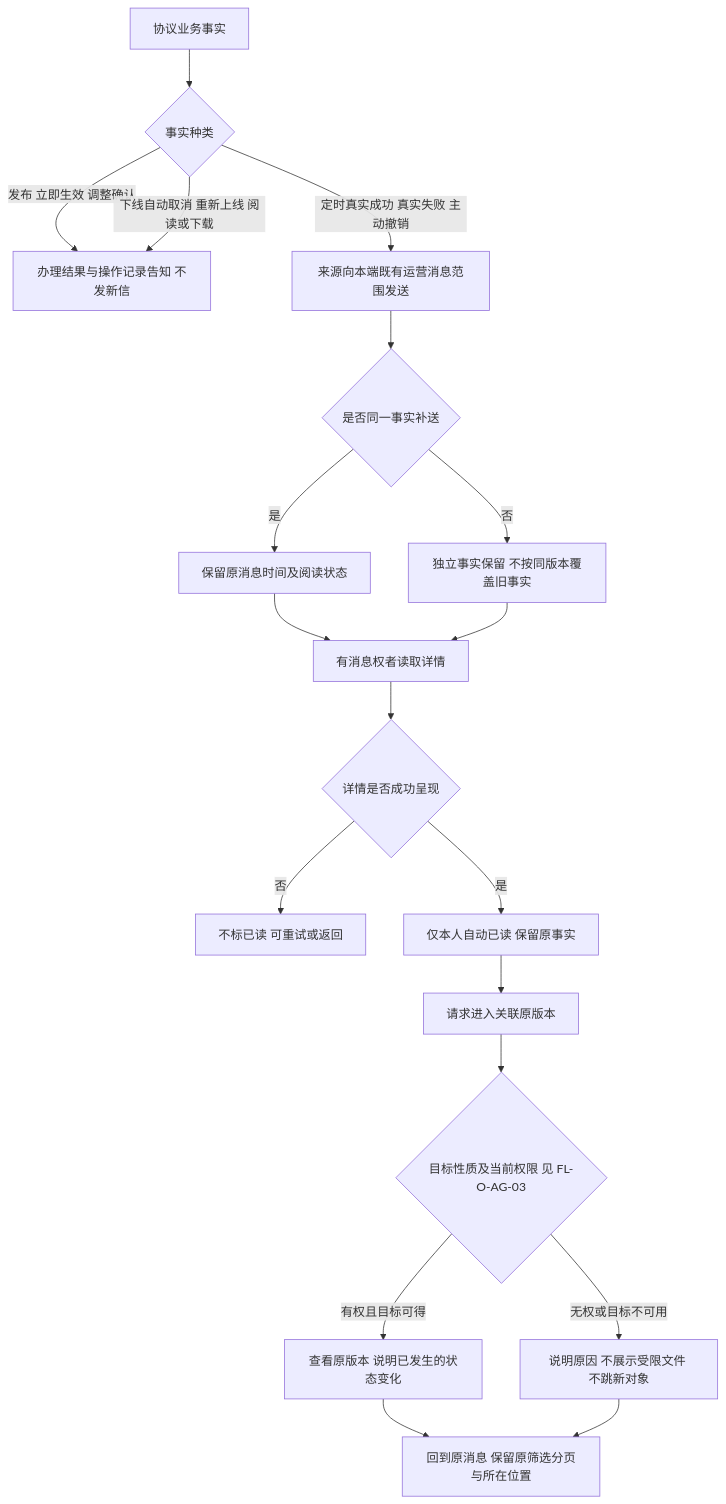
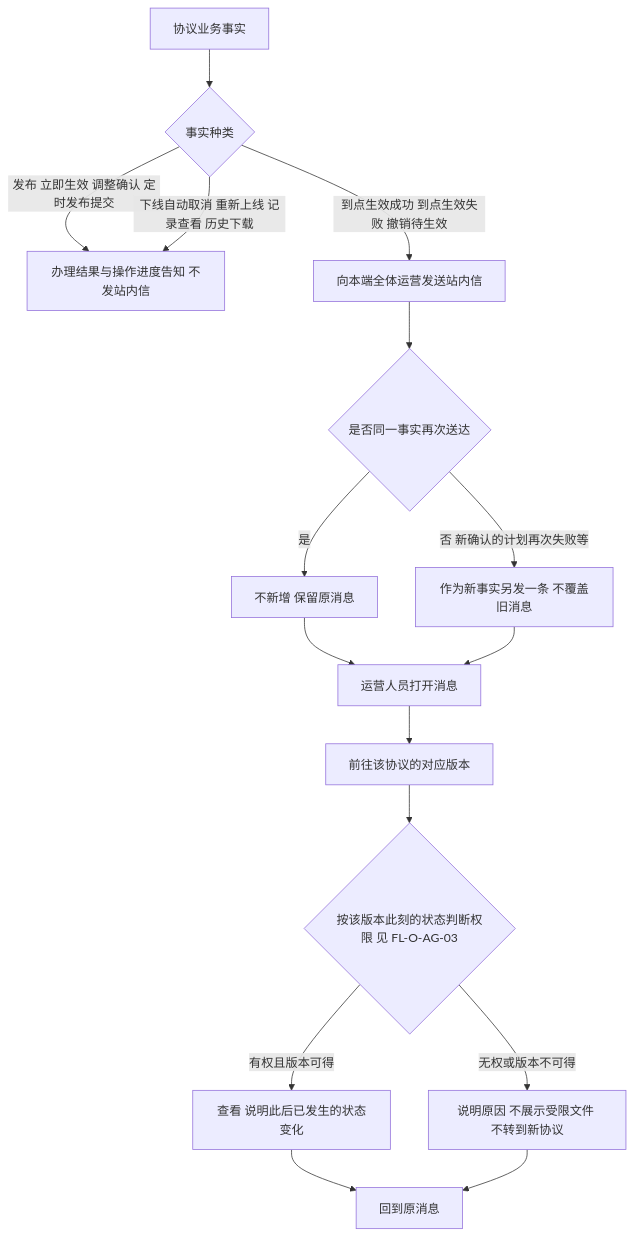
Before and after one commit to wxblockchain/Chain-Financing: the fifth of 8 diagrams in lending-platform/PRD/运营端/03-运营端协议管理/02-运营端协议管理-流程图与状态机.md, drawn with Mermaid. The commit also changed other lines of this file and 6 other files, not shown here.

````diff
--- a/lending-platform/PRD/运营端/03-运营端协议管理/02-运营端协议管理-流程图与状态机.md
+++ b/lending-platform/PRD/运营端/03-运营端协议管理/02-运营端协议管理-流程图与状态机.md
@@ -147,21 +135,18 @@
 ```mermaid
 flowchart TD
     A[协议业务事实] --> B{事实种类}
-    B -->|发布 立即生效 调整确认| C[办理结果与操作记录告知 不发新信]
-    B -->|下线自动取消 重新上线 阅读或下载| C
-    B -->|定时真实成功 真实失败 主动撤销| D[来源向本端既有运营消息范围发送]
-    D --> E{是否同一事实补送}
-    E -->|是| F[保留原消息时间及阅读状态]
-    E -->|否| G[独立事实保留 不按同版本覆盖旧事实]
-    F --> H[有消息权者读取详情]
+    B -->|发布 立即生效 调整确认 定时发布提交| C[办理结果与操作进度告知 不发站内信]
+    B -->|下线自动取消 重新上线 记录查看 历史下载| C
+    B -->|到点生效成功 到点生效失败 撤销待生效| D[向本端全体运营发送站内信]
+    D --> E{是否同一事实再次送达}
+    E -->|是| F[不新增 保留原消息]
+    E -->|否 新确认的计划再次失败等| G[作为新事实另发一条 不覆盖旧消息]
+    F --> H[运营人员打开消息]
     G --> H
-    H --> I{详情是否成功呈现}
-    I -->|否| J[不标已读 可重试或返回]
-    I -->|是| K[仅本人自动已读 保留原事实]
-    K --> L[请求进入关联原版本]
-    L --> M{目标性质及当前权限 见 FL-O-AG-03}
-    M -->|有权且目标可得| N[查看原版本 说明已发生的状态变化]
-    M -->|无权或目标不可用| O[说明原因 不展示受限文件 不跳新对象]
-    N --> P[回到原消息 保留原筛选分页与所在位置]
-    O --> P
+    H --> I[前往该协议的对应版本]
+    I --> J{按该版本此刻的状态判断权限 见 FL-O-AG-03}
+    J -->|有权且版本可得| K[查看 说明此后已发生的状态变化]
+    J -->|无权或版本不可得| L[说明原因 不展示受限文件 不转到新协议]
+    K --> M[回到原消息]
+    L --> M
 ```
````
